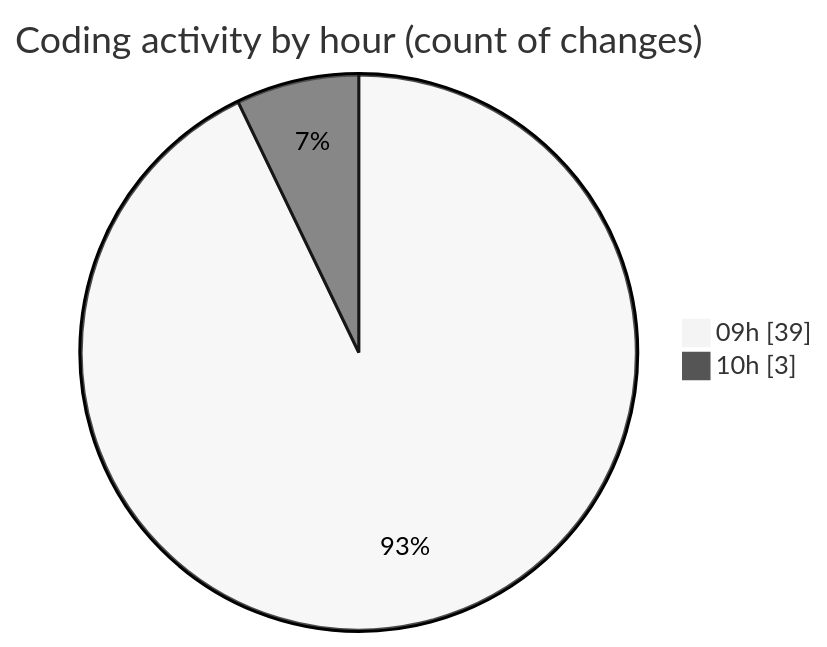
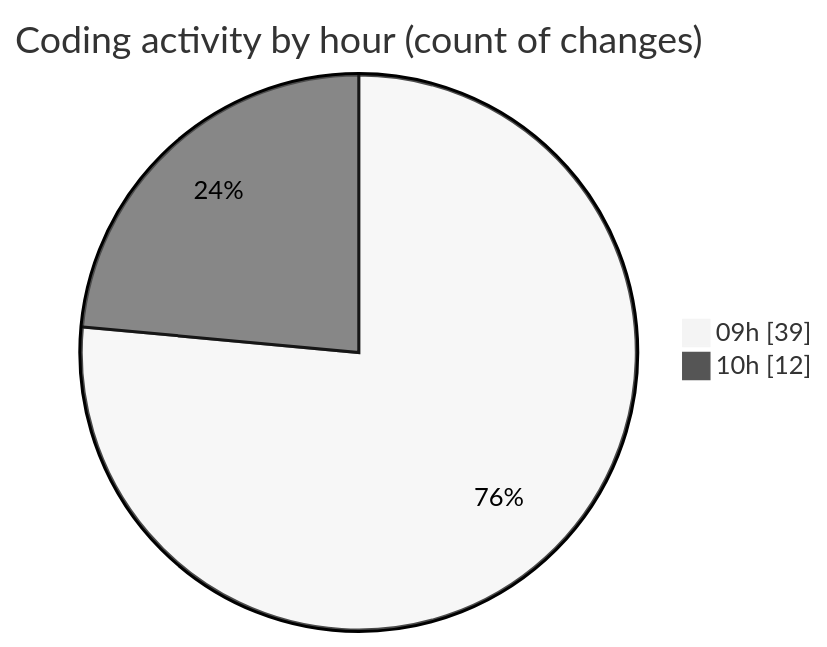
The second of 2 diagrams in 2025-03-04/cda/README.md (momahboobian/code-tracking), drawn with Mermaid (neutral theme) before and after one commit. The commit also changed other lines of this file and 1 other file, not shown here.

````diff
--- a/2025-03-04/cda/README.md
+++ b/2025-03-04/cda/README.md
@@ -32,6 +32,6 @@
 ```mermaid
 pie showData
 title Coding activity by hour (count of changes)
 "09h" : 39
-"10h" : 3
+"10h" : 12
 ```
````
